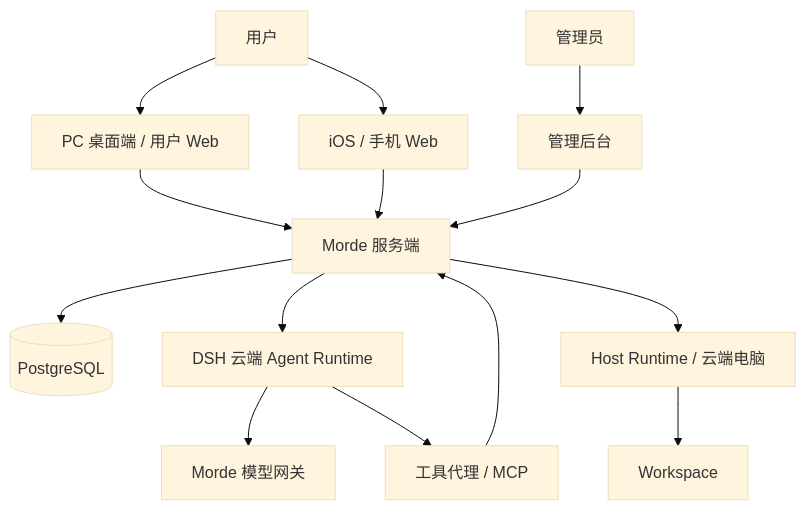
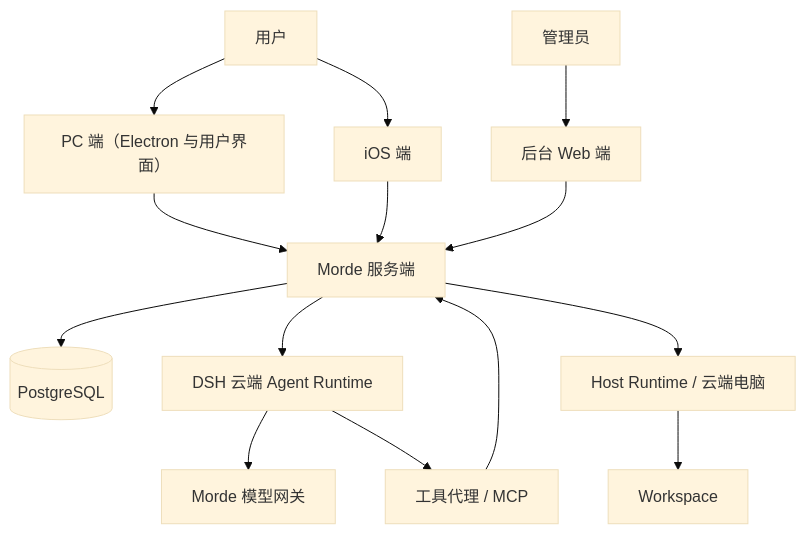
One commit to lizhongxuan/morde changed the diagram in README.md. Above: the diagram before and after it, drawn with Mermaid (base theme). The commit also changed other lines of this file and 134 other files, not shown here.

````diff
--- a/README.md
+++ b/README.md
@@ -68,16 +67,16 @@
 ```mermaid
 flowchart TB
-    User[用户] --> PC[PC 桌面端 / 用户 Web]
-    User --> Mobile[iOS / 手机 Web]
-    Admin[管理员] --> Console[管理后台]
+    User[用户] --> PC[PC 端（Electron 与用户界面）]
+    User --> IOS[iOS 端]
+    Admin[管理员] --> Console[后台 Web 端]
     PC --> Server[Morde 服务端]
-    Mobile --> Server
+    IOS --> Server
     Console --> Server
     Server --> DB[(PostgreSQL)]
     Server --> DSH[DSH 云端 Agent Runtime]
     DSH --> Model[Morde 模型网关]
     DSH --> Tools[工具代理 / MCP]
     Tools --> Server
     Server --> Host[Host Runtime / 云端电脑]
     Host --> Workspace[Workspace]
 ```
````
